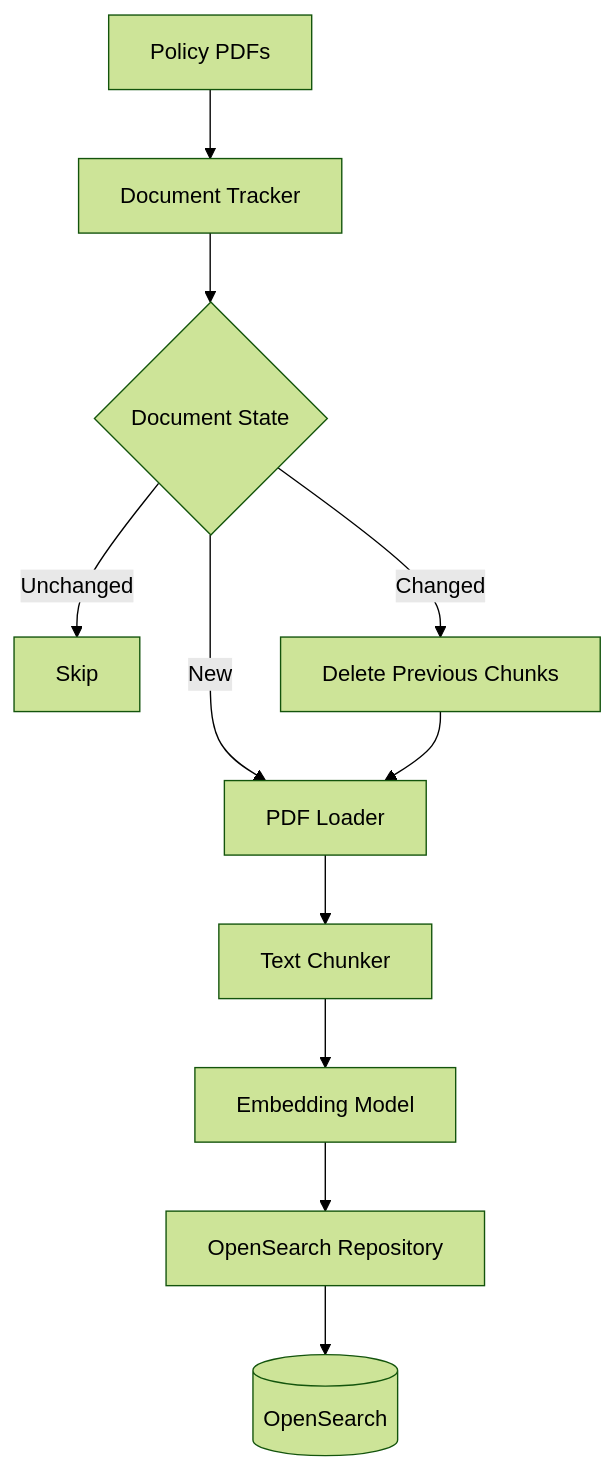
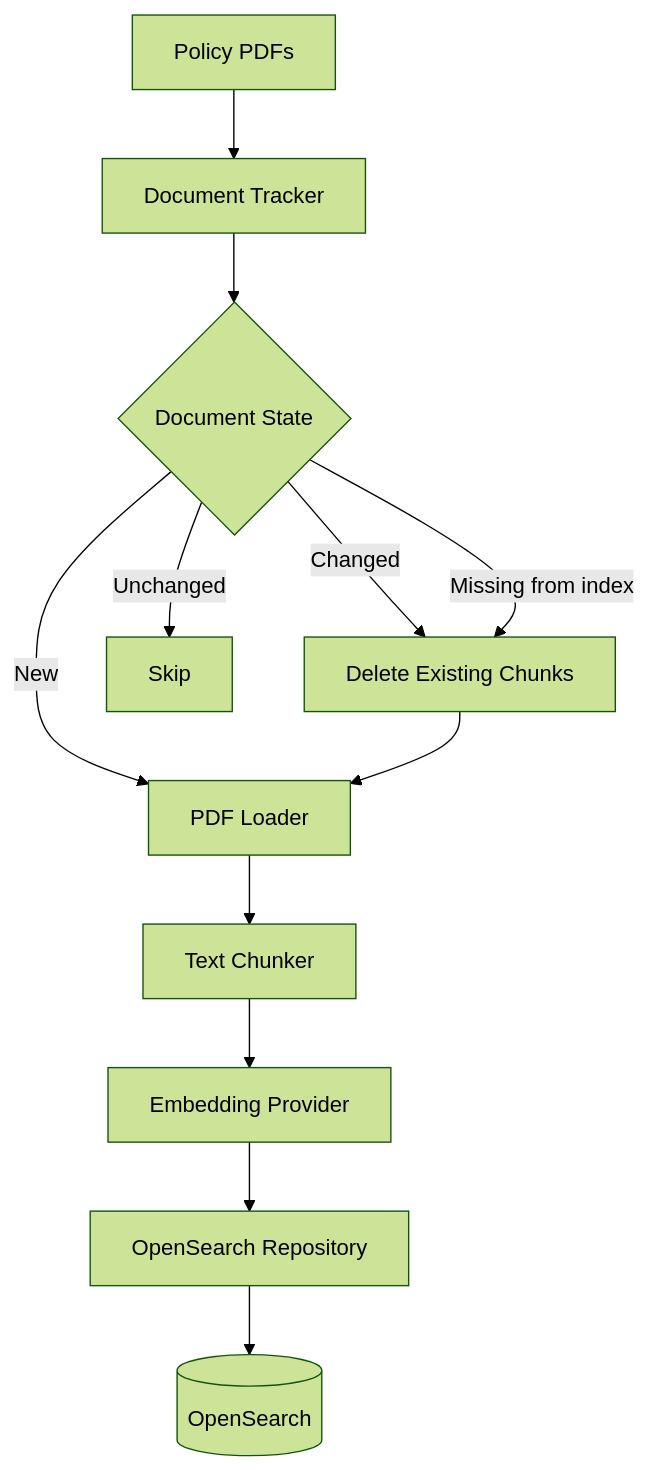
The fourth of 5 diagrams in README.md (Yzeeyd/Enterprise-AI-Support-Engineer-Copilot), drawn with Mermaid (forest theme) before and after one commit. The commit also changed other lines of this file and 2 other files, not shown here.

````diff
--- a/README.md
+++ b/README.md
@@ -154,34 +322,29 @@
 ```mermaid
 flowchart TD
-
     PDFs[Policy PDFs]
     Tracker[Document Tracker]
-
     State{Document State}
 
     Loader[PDF Loader]
     Chunker[Text Chunker]
-    Embedding[Embedding Model]
-    Repository[OpenSearch Repository]
+    Embed[Embedding Provider]
+    Repo[OpenSearch Repository]
+    OS[(OpenSearch)]
 
-    OpenSearch[(OpenSearch)]
-
+    Delete[Delete Existing Chunks]
     Skip[Skip]
-    Delete[Delete Previous Chunks]
 
     PDFs --> Tracker
     Tracker --> State
 
     State -->|New| Loader
-
     State -->|Changed| Delete
-    Delete --> Loader
-
+    State -->|Missing from index| Delete
     State -->|Unchanged| Skip
 
+    Delete --> Loader
     Loader --> Chunker
-    Chunker --> Embedding
-    Embedding --> Repository
-
-    Repository --> OpenSearch
+    Chunker --> Embed
+    Embed --> Repo
+    Repo --> OS
 ```
````
